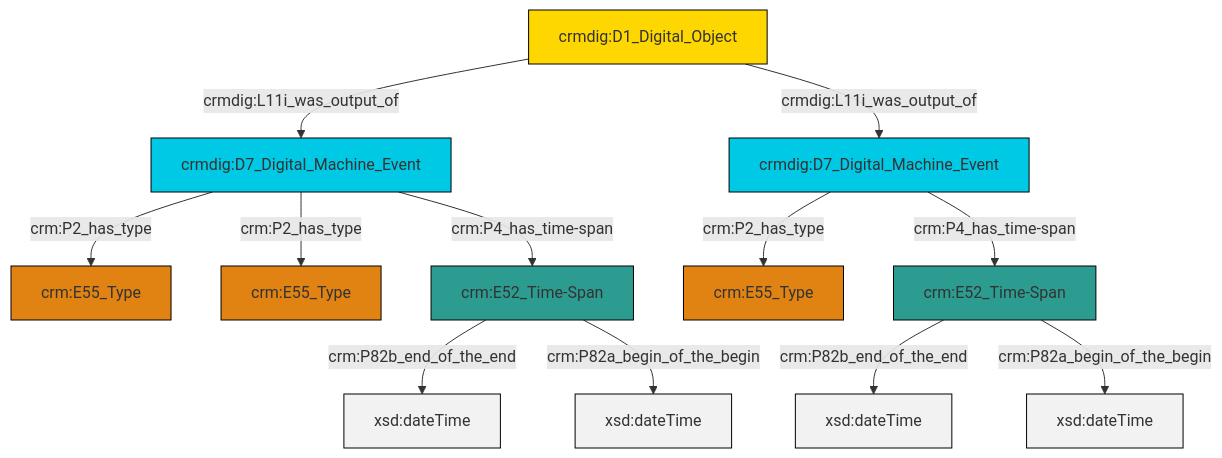
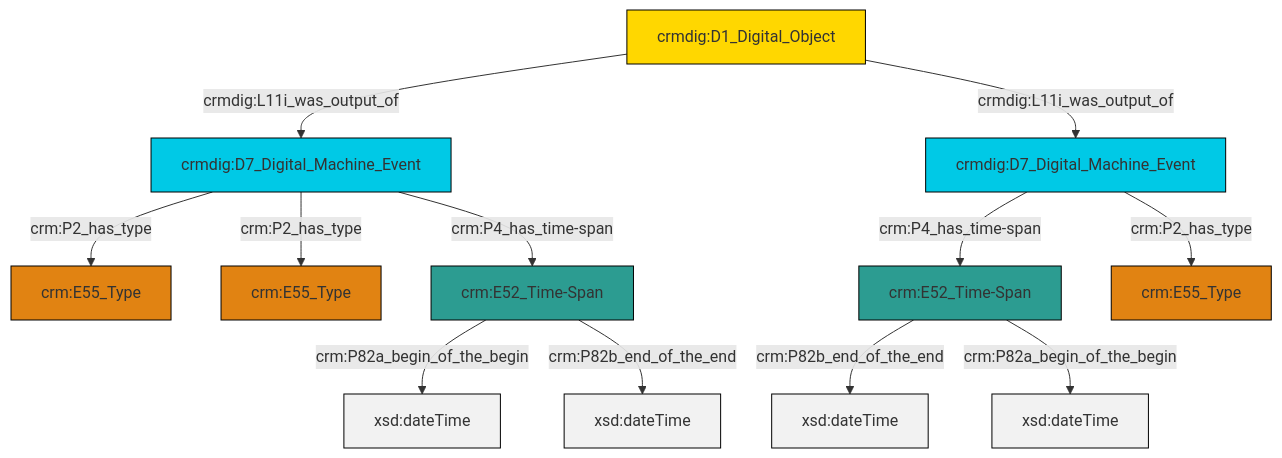
The diagram in et/doCSV/ttl/mmd/do_existence.ttl.mmd (swiss-art-research-net/docs.swissartresearch), drawn with Mermaid before and after one commit. The commit also changed 177 other files, not shown here.

```diff
--- a/et/doCSV/ttl/mmd/do_existence.ttl.mmd
+++ b/et/doCSV/ttl/mmd/do_existence.ttl.mmd
@@ -1,26 +1,26 @@
 graph TD
 classDef Literal fill:#f2f2f2,stroke:#000000;
 classDef CRM_Entity fill:#FFFFFF,stroke:#000000;
 classDef Temporal_Entity fill:#00C9E6, stroke:#000000;
 classDef Type fill:#E18312, stroke:#000000;
 classDef Time-Span fill:#2C9C91, stroke:#000000;
 classDef Appellation fill:#FFEB7F, stroke:#000000;
 classDef Place fill:#008836, stroke:#000000;
 classDef Persistent_Item fill:#B266B2, stroke:#000000;
 classDef Conceptual_Object fill:#FFD700, stroke:#000000;
 classDef Physical_Thing fill:#D2B48C, stroke:#000000;
 classDef Actor fill:#f58aad, stroke:#000000;
 classDef PC_Classes fill:#4ce600, stroke:#000000;
 classDef Multi fill:#cccccc,stroke:#000000;
 
-0["crm:E52_Time-Span"]:::Time-Span -->|crm:P82b_end_of_the_end| 1[xsd:dateTime]:::Literal
-2["crm:E52_Time-Span"]:::Time-Span -->|crm:P82b_end_of_the_end| 3[xsd:dateTime]:::Literal
-4["crmdig:D7_Digital_Machine_Event"]:::Temporal_Entity -->|crm:P2_has_type| 5["crm:E55_Type"]:::Type
-10["crmdig:D1_Digital_Object"]:::Conceptual_Object -->|crmdig:L11i_was_output_of| 4["crmdig:D7_Digital_Machine_Event"]:::Temporal_Entity
-4["crmdig:D7_Digital_Machine_Event"]:::Temporal_Entity -->|crm:P2_has_type| 6["crm:E55_Type"]:::Type
-4["crmdig:D7_Digital_Machine_Event"]:::Temporal_Entity -->|crm:P4_has_time-span| 2["crm:E52_Time-Span"]:::Time-Span
-11["crmdig:D7_Digital_Machine_Event"]:::Temporal_Entity -->|crm:P2_has_type| 8["crm:E55_Type"]:::Type
-0["crm:E52_Time-Span"]:::Time-Span -->|crm:P82a_begin_of_the_begin| 13[xsd:dateTime]:::Literal
-10["crmdig:D1_Digital_Object"]:::Conceptual_Object -->|crmdig:L11i_was_output_of| 11["crmdig:D7_Digital_Machine_Event"]:::Temporal_Entity
-2["crm:E52_Time-Span"]:::Time-Span -->|crm:P82a_begin_of_the_begin| 22[xsd:dateTime]:::Literal
-11["crmdig:D7_Digital_Machine_Event"]:::Temporal_Entity -->|crm:P4_has_time-span| 0["crm:E52_Time-Span"]:::Time-Span
+2["crmdig:D7_Digital_Machine_Event"]:::Temporal_Entity -->|crm:P2_has_type| 0["crm:E55_Type"]:::Type
+3["crm:E52_Time-Span"]:::Time-Span -->|crm:P82b_end_of_the_end| 4[xsd:dateTime]:::Literal
+5["crm:E52_Time-Span"]:::Time-Span -->|crm:P82a_begin_of_the_begin| 6[xsd:dateTime]:::Literal
+9["crmdig:D1_Digital_Object"]:::Conceptual_Object -->|crmdig:L11i_was_output_of| 2["crmdig:D7_Digital_Machine_Event"]:::Temporal_Entity
+2["crmdig:D7_Digital_Machine_Event"]:::Temporal_Entity -->|crm:P2_has_type| 7["crm:E55_Type"]:::Type
+11["crmdig:D7_Digital_Machine_Event"]:::Temporal_Entity -->|crm:P4_has_time-span| 3["crm:E52_Time-Span"]:::Time-Span
+5["crm:E52_Time-Span"]:::Time-Span -->|crm:P82b_end_of_the_end| 12[xsd:dateTime]:::Literal
+3["crm:E52_Time-Span"]:::Time-Span -->|crm:P82a_begin_of_the_begin| 13[xsd:dateTime]:::Literal
+11["crmdig:D7_Digital_Machine_Event"]:::Temporal_Entity -->|crm:P2_has_type| 15["crm:E55_Type"]:::Type
+2["crmdig:D7_Digital_Machine_Event"]:::Temporal_Entity -->|crm:P4_has_time-span| 5["crm:E52_Time-Span"]:::Time-Span
+9["crmdig:D1_Digital_Object"]:::Conceptual_Object -->|crmdig:L11i_was_output_of| 11["crmdig:D7_Digital_Machine_Event"]:::Temporal_Entity
```
